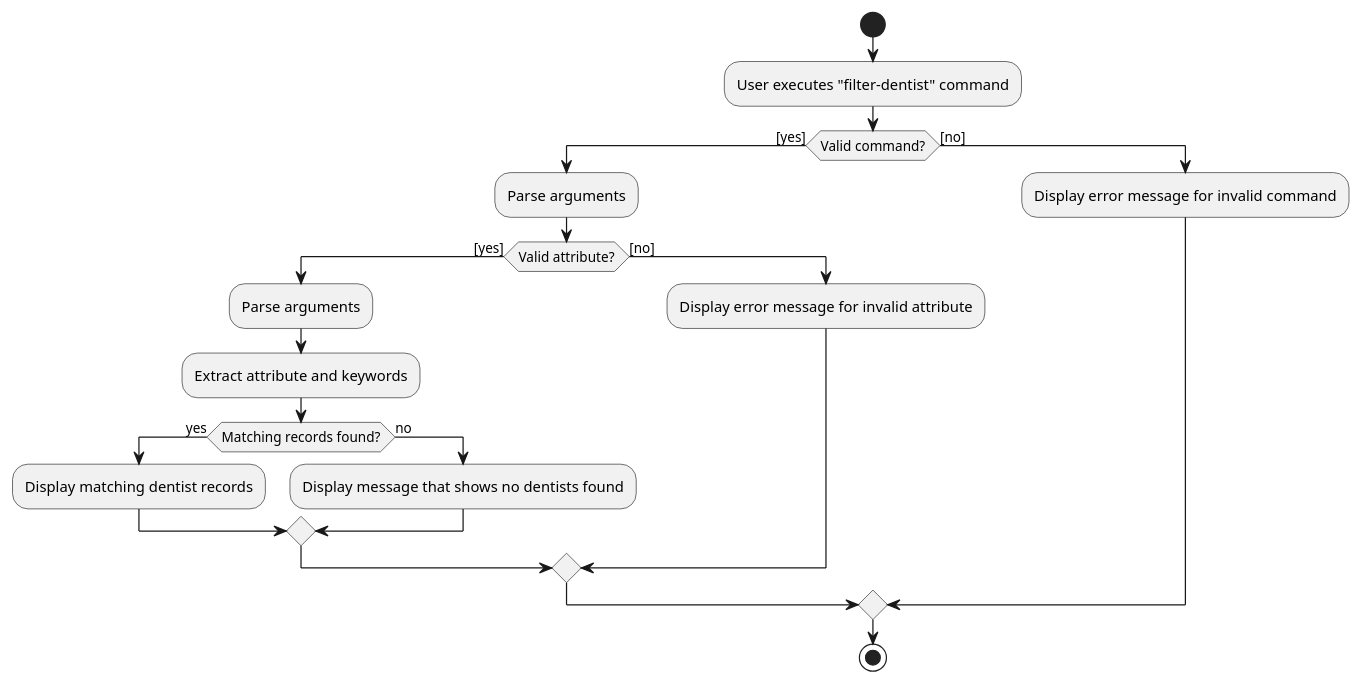
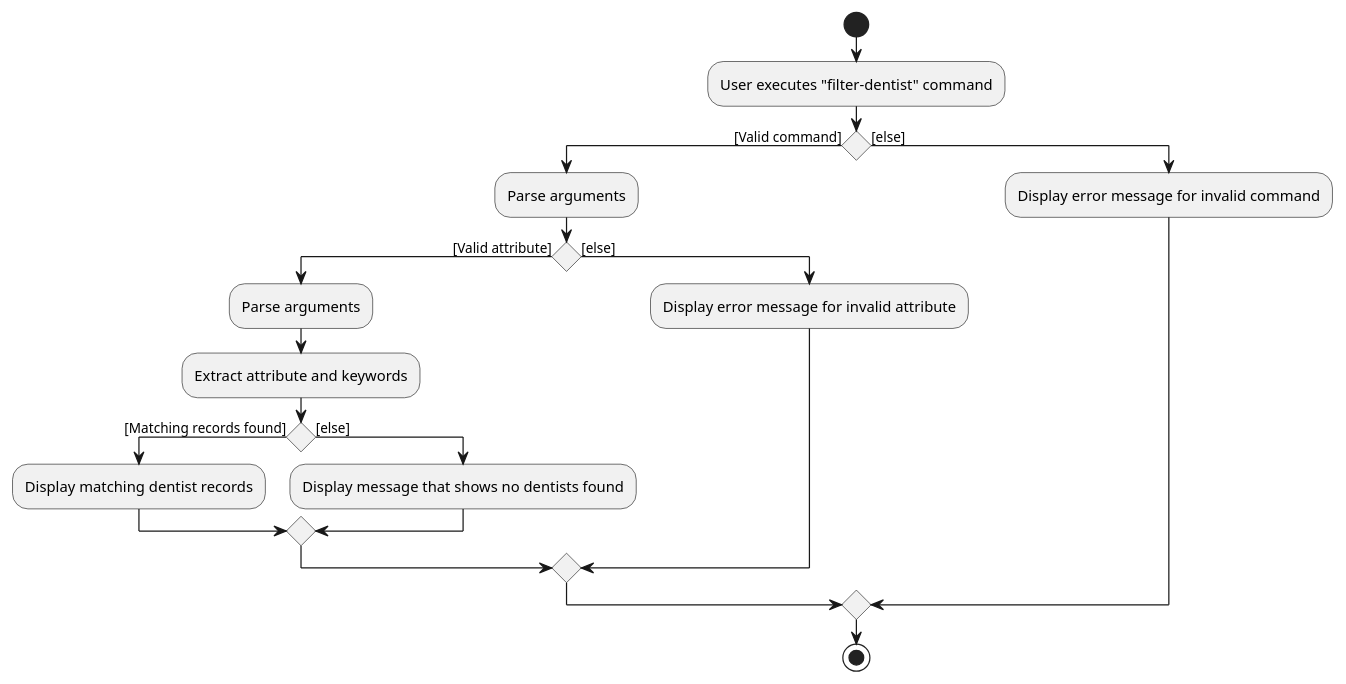
The diagram in docs/diagrams/FilterDentistActivityDiagram.puml (techjay-c/tp), drawn with PlantUML before and after one commit. The commit also changed 1 other file, not shown here.

Commit message:
Update FilterDentistActivityDiagram in DG

```diff
--- a/docs/diagrams/FilterDentistActivityDiagram.puml
+++ b/docs/diagrams/FilterDentistActivityDiagram.puml
@@ -1,29 +1,29 @@
 @startuml
 start
 
 :User executes "filter-dentist" command;
 
-if (Valid command?) then ([yes])
+if () then ([Valid command])
     :Parse arguments;
 
-    if (Valid attribute?) then ([yes])
+    if () then ([Valid attribute])
         :Parse arguments;
         :Extract attribute and keywords;
 
-        if (Matching records found?) then (yes)
+        if () then ([Matching records found])
             :Display matching dentist records;
 
-            else (no)
+            else ([else])
                 :Display message that shows no dentists found;
             endif
 
-    else ([no])
+    else ([else])
         :Display error message for invalid attribute;
     endif
 
-else ([no])
+else ([else])
      :Display error message for invalid command;
 endif
 
 stop
 @enduml
```
